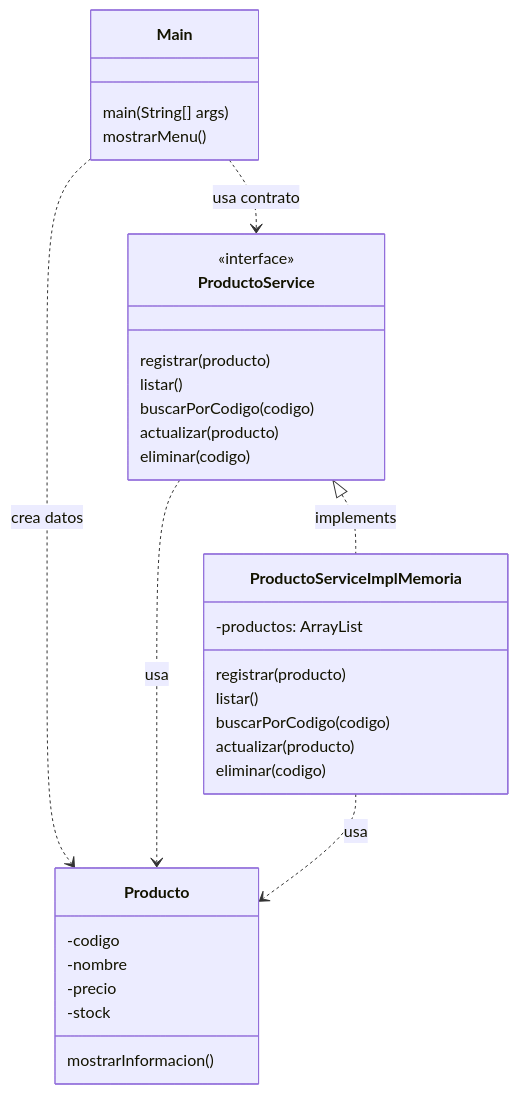
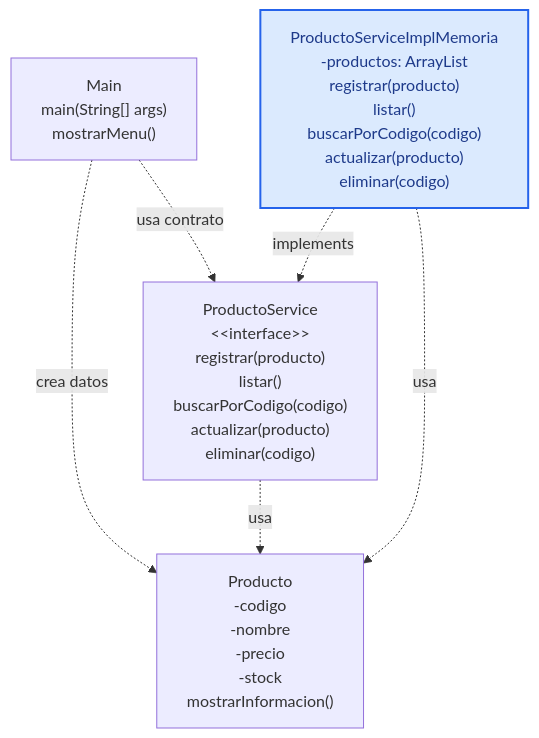
Before and after one commit to 262poo/comarket: the diagram in docs/S05_CRUD_Memoria_ArrayList.md, drawn with Mermaid. The commit also changed 3 other files, not shown here.

````diff
--- a/docs/S05_CRUD_Memoria_ArrayList.md
+++ b/docs/S05_CRUD_Memoria_ArrayList.md
@@ -66,39 +66,16 @@
 ```mermaid
-classDiagram
-    class Main {
-        main(String[] args)
-        mostrarMenu()
-    }
-    class Producto {
-        -codigo
-        -nombre
-        -precio
-        -stock
-        mostrarInformacion()
-    }
-    class ProductoService {
-        <<interface>>
-        registrar(producto)
-        listar()
-        buscarPorCodigo(codigo)
-        actualizar(producto)
-        eliminar(codigo)
-    }
-    class ProductoServiceImplMemoria {
-        -productos: ArrayList
-        registrar(producto)
-        listar()
-        buscarPorCodigo(codigo)
-        actualizar(producto)
-        eliminar(codigo)
-    }
+flowchart TB
+    Main["Main<br/>main(String[] args)<br/>mostrarMenu()"]
+    Producto["Producto<br/>-codigo<br/>-nombre<br/>-precio<br/>-stock<br/>mostrarInformacion()"]
+    ProductoService["ProductoService<br/>&lt;&lt;interface&gt;&gt;<br/>registrar(producto)<br/>listar()<br/>buscarPorCodigo(codigo)<br/>actualizar(producto)<br/>eliminar(codigo)"]
+    ProductoServiceImplMemoria["ProductoServiceImplMemoria<br/>-productos: ArrayList<br/>registrar(producto)<br/>listar()<br/>buscarPorCodigo(codigo)<br/>actualizar(producto)<br/>eliminar(codigo)"]
 
-    Main ..> ProductoService : usa contrato
-    Main ..> Producto : crea datos
-    ProductoService <|.. ProductoServiceImplMemoria : implements
-    ProductoService ..> Producto : usa
-    ProductoServiceImplMemoria ..> Producto : usa
+    Main -. usa contrato .-> ProductoService
+    Main -. crea datos .-> Producto
+    ProductoServiceImplMemoria -. implements .-> ProductoService
+    ProductoService -. usa .-> Producto
+    ProductoServiceImplMemoria -. usa .-> Producto
 
     classDef serviceImpl fill:#dbeafe,stroke:#2563eb,stroke-width:2px,color:#1e3a8a;
-    class ProductoServiceImplMemoria:::serviceImpl
+    class ProductoServiceImplMemoria serviceImpl;
 ```
````
